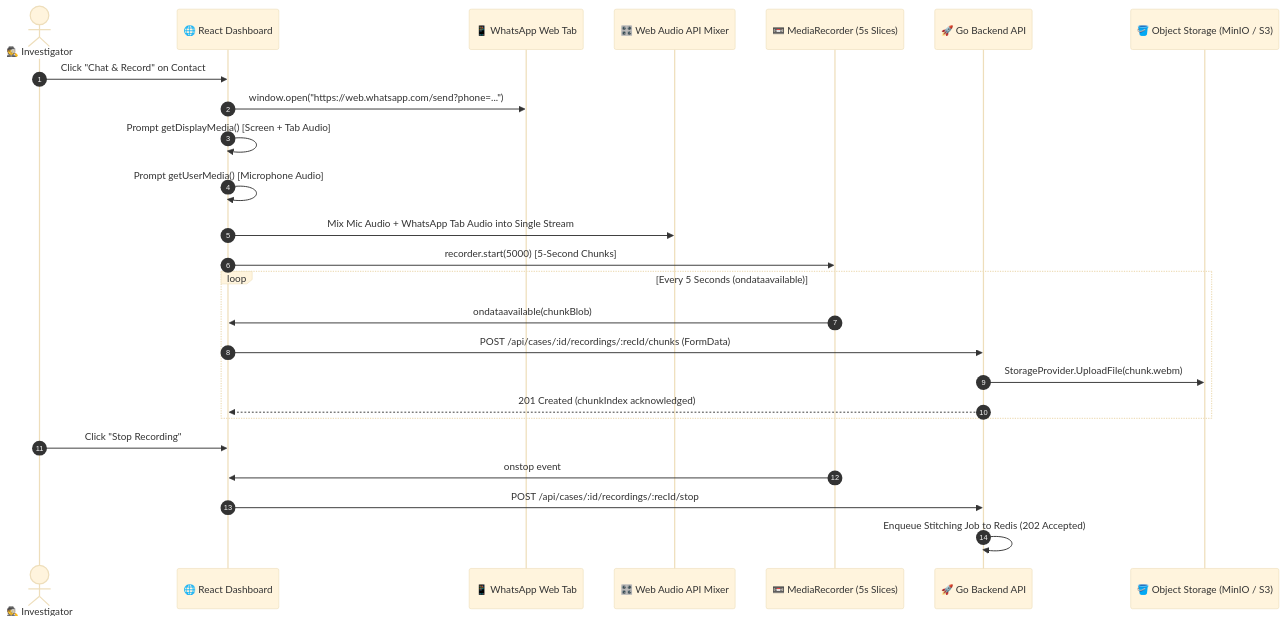
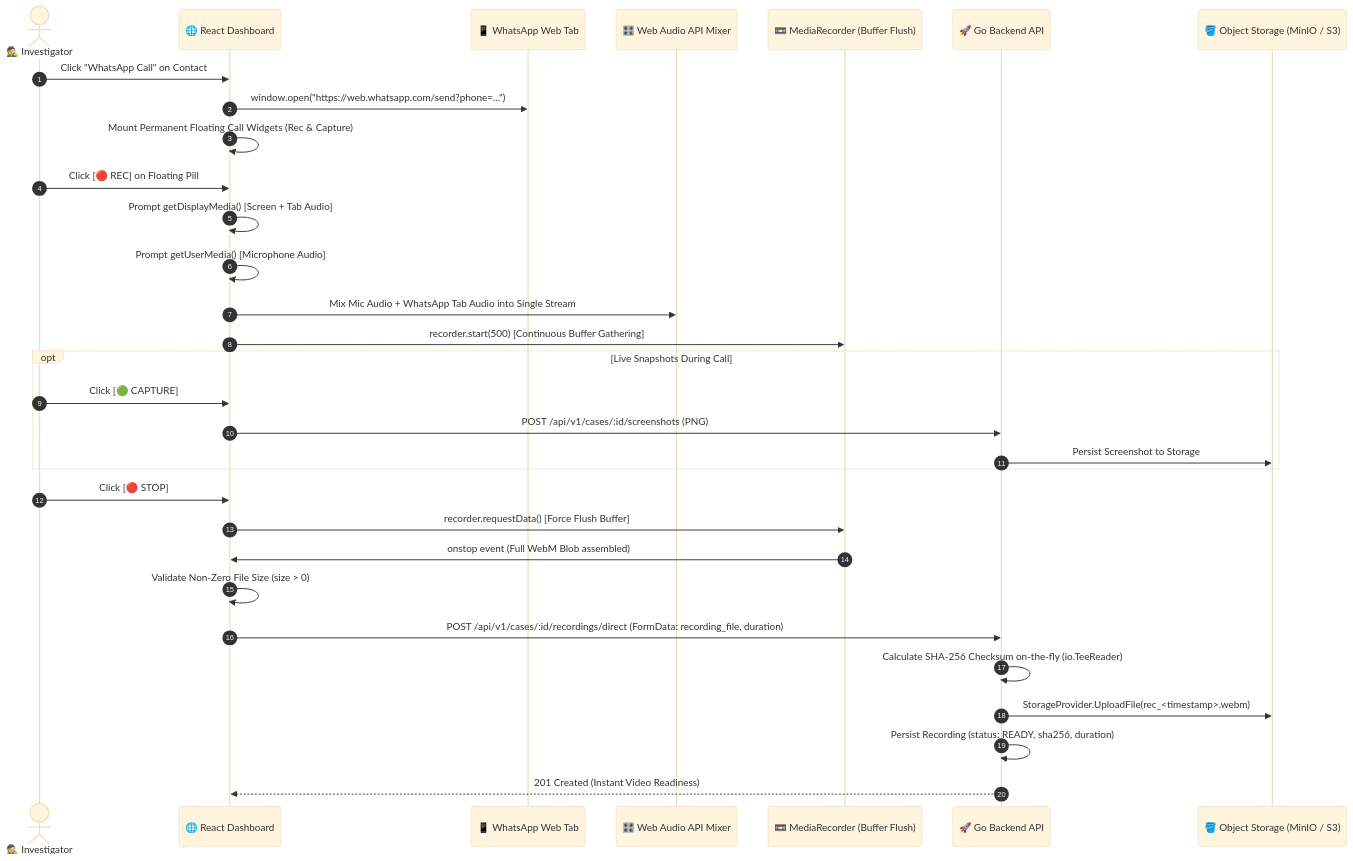
Before and after one commit to RajThak-998/claimverificationdossierintelligencesystem: the first of 2 diagrams in obs/06_Tele_Verification_and_Media_Recording_Pipeline.md, drawn with Mermaid (base theme). The commit also changed other lines of this file and 10 other files, not shown here.

````diff
--- a/obs/06_Tele_Verification_and_Media_Recording_Pipeline.md
+++ b/obs/06_Tele_Verification_and_Media_Recording_Pipeline.md
@@ -19,30 +19,36 @@
 ```mermaid
 sequenceDiagram
     autonumber
     actor Agent as 🕵️ Investigator
     participant Browser as 🌐 React Dashboard
     participant WhatsApp as 📱 WhatsApp Web Tab
     participant WebAudio as 🎛️ Web Audio API Mixer
-    participant Recorder as 📼 MediaRecorder (5s Slices)
+    participant Recorder as 📼 MediaRecorder (Buffer Flush)
     participant API as 🚀 Go Backend API
     participant Storage as 🪣 Object Storage (MinIO / S3)
 
-    Agent->>Browser: Click "Chat & Record" on Contact
+    Agent->>Browser: Click "WhatsApp Call" on Contact
     Browser->>WhatsApp: window.open("https://web.whatsapp.com/send?phone=...")
+    Browser->>Browser: Mount Permanent Floating Call Widgets (Rec & Capture)
+    Agent->>Browser: Click [🔴 REC] on Floating Pill
     Browser->>Browser: Prompt getDisplayMedia() [Screen + Tab Audio]
     Browser->>Browser: Prompt getUserMedia() [Microphone Audio]
     Browser->>WebAudio: Mix Mic Audio + WhatsApp Tab Audio into Single Stream
-    Browser->>Recorder: recorder.start(5000) [5-Second Chunks]
+    Browser->>Recorder: recorder.start(500) [Continuous Buffer Gathering]
     
-    loop Every 5 Seconds (ondataavailable)
-        Recorder->>Browser: ondataavailable(chunkBlob)
-        Browser->>API: POST /api/cases/:id/recordings/:recId/chunks (FormData)
-        API->>Storage: StorageProvider.UploadFile(chunk.webm)
-        API-->>Browser: 201 Created (chunkIndex acknowledged)
+    opt Live Snapshots During Call
+        Agent->>Browser: Click [🟢 CAPTURE]
+        Browser->>API: POST /api/v1/cases/:id/screenshots (PNG)
+        API->>Storage: Persist Screenshot to Storage
     end
 
-    Agent->>Browser: Click "Stop Recording"
-    Recorder->>Browser: onstop event
-    Browser->>API: POST /api/cases/:id/recordings/:recId/stop
-    API->>API: Enqueue Stitching Job to Redis (202 Accepted)
+    Agent->>Browser: Click [🔴 STOP]
+    Browser->>Recorder: recorder.requestData() [Force Flush Buffer]
+    Recorder->>Browser: onstop event (Full WebM Blob assembled)
+    Browser->>Browser: Validate Non-Zero File Size (size > 0)
+    Browser->>API: POST /api/v1/cases/:id/recordings/direct (FormData: recording_file, duration)
+    API->>API: Calculate SHA-256 Checksum on-the-fly (io.TeeReader)
+    API->>Storage: StorageProvider.UploadFile(rec_<timestamp>.webm)
+    API->>API: Persist Recording (status: READY, sha256, duration)
+    API-->>Browser: 201 Created (Instant Video Readiness)
 ```
````
